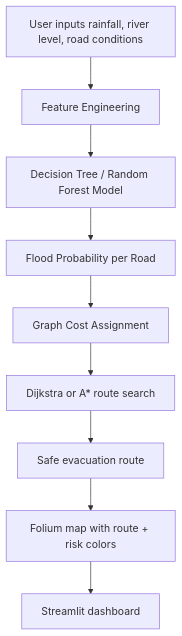
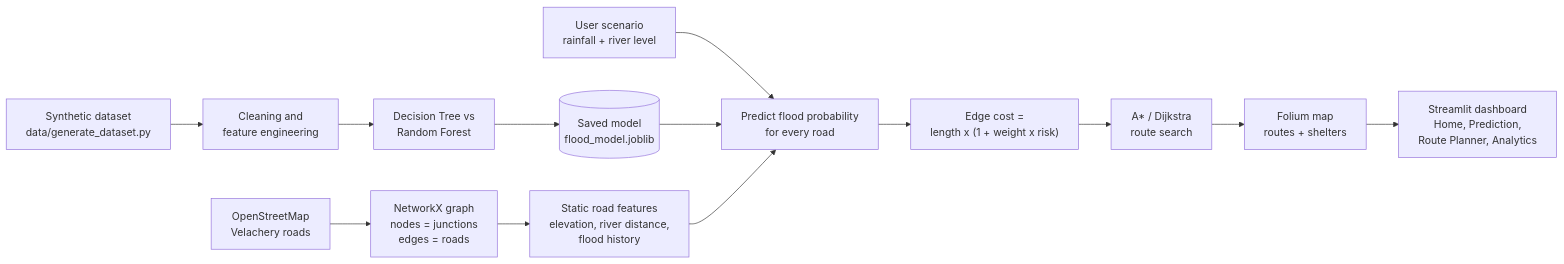
Before and after one commit to Kazxd/FloodGuard-AI: the diagram in README.md, drawn with Mermaid. The commit also changed other lines of this file and 2 other files, not shown here.

````diff
--- a/README.md
+++ b/README.md
@@ -435,11 +28,17 @@
 ```mermaid
-flowchart TD
-    A[User inputs rainfall, river level, road conditions] --> B[Feature Engineering]
-    B --> C[Decision Tree / Random Forest Model]
-    C --> D[Flood Probability per Road]
-    D --> E[Graph Cost Assignment]
-    E --> F[Dijkstra or A* route search]
-    F --> G[Safe evacuation route]
-    G --> H[Folium map with route + risk colors]
-    H --> I[Streamlit dashboard]
+flowchart LR
+    A["Synthetic dataset<br/>data/generate_dataset.py"] --> B["Cleaning and<br/>feature engineering"]
+    B --> C["Decision Tree vs<br/>Random Forest"]
+    C --> D[("Saved model<br/>flood_model.joblib")]
+
+    E["OpenStreetMap<br/>Velachery roads"] --> F["NetworkX graph<br/>nodes = junctions<br/>edges = roads"]
+    F --> G["Static road features<br/>elevation, river distance,<br/>flood history"]
+
+    H["User scenario<br/>rainfall + river level"] --> I["Predict flood probability<br/>for every road"]
+    D --> I
+    G --> I
+    I --> J["Edge cost =<br/>length x (1 + weight x risk)"]
+    J --> K["A* / Dijkstra<br/>route search"]
+    K --> L["Folium map<br/>routes + shelters"]
+    L --> M["Streamlit dashboard<br/>Home, Prediction,<br/>Route Planner, Analytics"]
 ```
````
